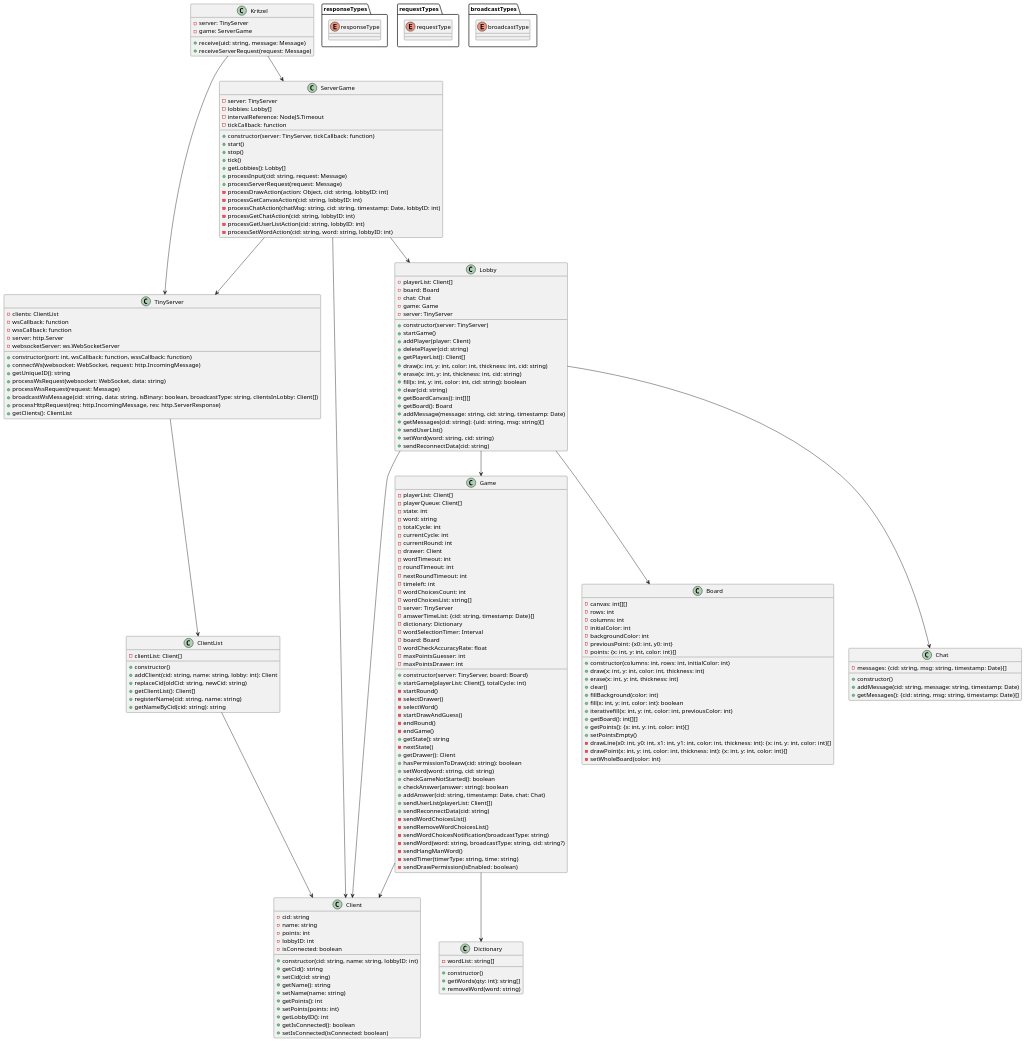
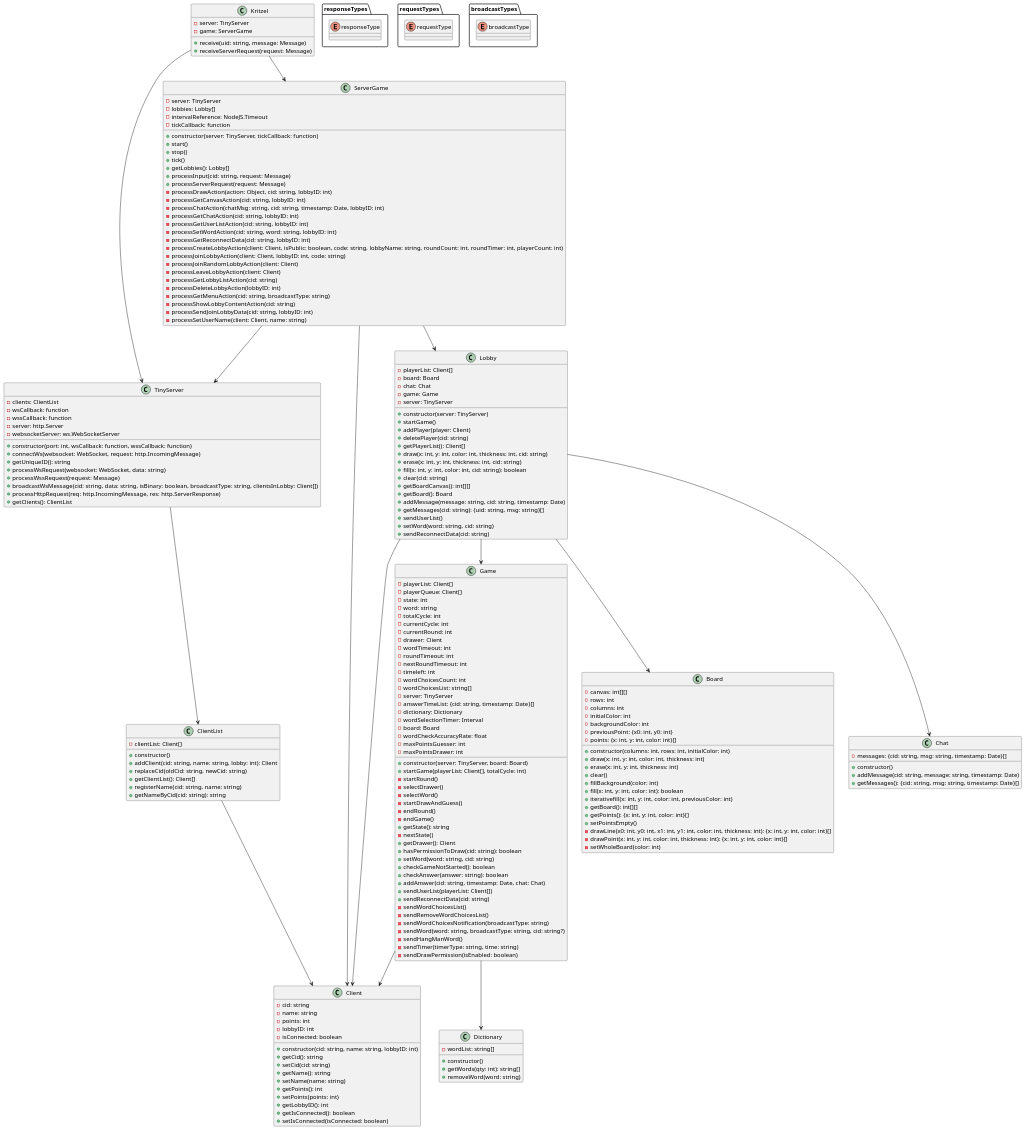
One commit to mhdbaselar/Kritzel changed the diagram in docs/UML Diagramme/CDBackend.wsd. Above: the diagram before and after it, drawn with PlantUML. The commit also changed 1 other file, not shown here.

Commit message:
Update ServerGame Class-diagram

```diff
--- a/docs/UML Diagramme/CDBackend.wsd
+++ b/docs/UML Diagramme/CDBackend.wsd
@@ -40,6 +40,17 @@
     - processGetChatAction(cid: string, lobbyID: int)
     - processGetUserListAction(cid: string, lobbyID: int)
     - processSetWordAction(cid: string, word: string, lobbyID: int)
+    - processGetReconnectData(cid: string, lobbyID: int)
+    - processCreateLobbyAction(client: Client, isPublic: boolean, code: string, lobbyName: string, roundCount: int, roundTimer: int, playerCount: int)
+    - processJoinLobbyAction(client: Client, lobbyID: int, code: string)
+    - processJoinRandomLobbyAction(client: Client)
+    - processLeaveLobbyAction(client: Client)
+    - processGetLobbyListAction(cid: string)
+    - processDeleteLobbyAction(lobbyID: int)
+    - processGetMenuAction(cid: string, broadcastType: string)
+    - processShowLobbyContentAction(cid: string)
+    - processSendJoinLobbyData(cid: string, lobbyID: int)
+    - processSetUserName(client: Client, name: string)
 }
 
 class Lobby {
```
